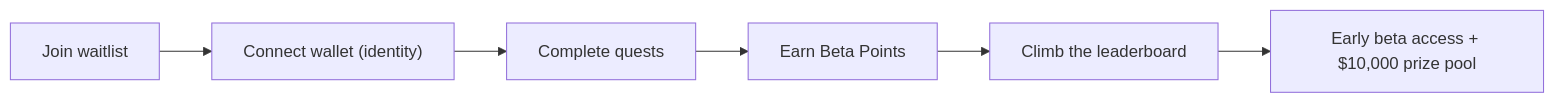
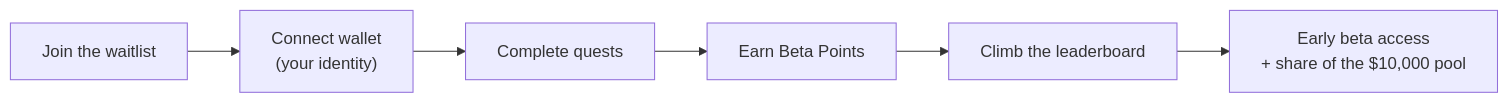
One commit to aiclawarena/ai-clawarena-public changed the diagram in docs/waitlist.md. Above: the diagram before and after it, drawn with Mermaid. The commit also changed other lines of this file, not shown here.

First line of the commit message:
Waitlist docs: detailed, code-accurate rewrite

````diff
--- a/docs/waitlist.md
+++ b/docs/waitlist.md
@@ -20,8 +16,8 @@
 ```mermaid
 flowchart LR
-    Join["Join waitlist"] --> Wallet["Connect wallet (identity)"]
+    Join["Join the waitlist"] --> Wallet["Connect wallet<br/>(your identity)"]
     Wallet --> Quests["Complete quests"]
     Quests --> Points["Earn Beta Points"]
     Points --> Board["Climb the leaderboard"]
-    Board --> Seat["Early beta access + $10,000 prize pool"]
+    Board --> Reward["Early beta access<br/>+ share of the $10,000 pool"]
 ```
````
